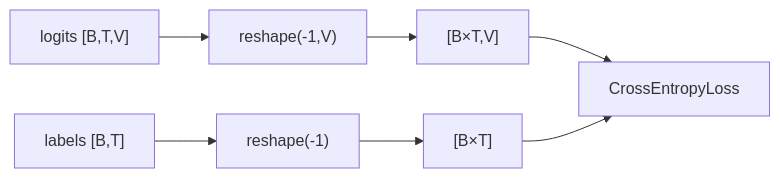
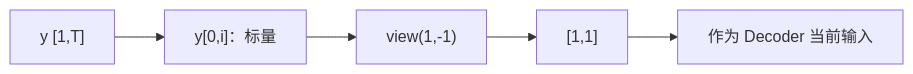
Before and after one commit to luyunix/nlp_study: the second of 2 diagrams in notes/seq2seq-translation/21-view-function.md, drawn with Mermaid. The commit also changed other lines of this file and 66 other files, not shown here.

````diff
--- a/notes/seq2seq-translation/21-view-function.md
+++ b/notes/seq2seq-translation/21-view-function.md
@@ -32,9 +32,7 @@
 ```mermaid
 flowchart LR
-    A["logits [B,T,V]"] --> B["reshape(-1,V)"]
-    B --> C["[B×T,V]"]
-    D["labels [B,T]"] --> E["reshape(-1)"]
-    E --> F["[B×T]"]
-    C --> G["CrossEntropyLoss"]
-    F --> G
+    A["y [1,T]"] --> B["y[0,i]：标量"]
+    B --> C["view(1,-1)"]
+    C --> D["[1,1]"]
+    D --> E["作为 Decoder 当前输入"]
 ```
````
